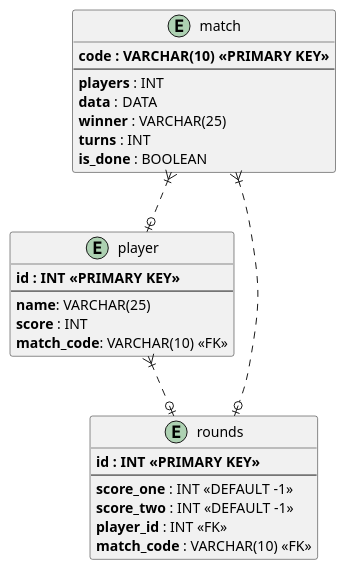
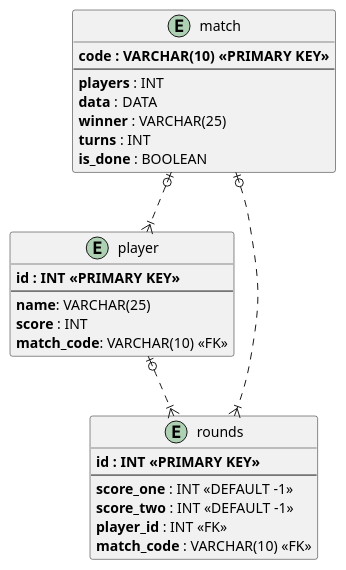
One commit to SpadeaLorenzo/Bowling2gether changed the diagram in 6_Database/DB.puml. Above: the diagram before and after it, drawn with PlantUML.

Commit message:
fixed db diagram

```diff
--- a/6_Database/DB.puml
+++ b/6_Database/DB.puml
@@ -1,44 +1,44 @@
 @startuml DB schema
 
 skinparam ER {
     FontColor          white
     AttributeFontColor white
     FontSize           17
     AttributeFontSize  15
     AttributeFontname  Droid Sans Mono
     BackgroundColor    #527BC6
     BorderColor        black
     ArrowColor         black
 }
 
 entity "match" as e01 {
   **code : VARCHAR(10) <<PRIMARY KEY>>**
   --
   **players** : INT
   **data** : DATA
   **winner** : VARCHAR(25)
   **turns** : INT 
   **is_done** : BOOLEAN
 }
 
 entity "player" as e02 {
   **id : INT <<PRIMARY KEY>>**
   --
   **name**: VARCHAR(25)
   **score** : INT
   **match_code**: VARCHAR(10) <<FK>>
 }
 
 entity "rounds" as e03 {
   **id : INT <<PRIMARY KEY>>**
   --
   **score_one** : INT <<DEFAULT -1>>
   **score_two** : INT <<DEFAULT -1>>
   **player_id** : INT <<FK>>
   **match_code** : VARCHAR(10) <<FK>>
 }
 
-e01 }|-.o| e02
-e01 }|-.o| e03
-e02 }|-.o| e03
+e01 |o.-|{ e02
+e01 |o.-|{ e03
+e02 |o.-|{ e03
 @enduml
```
